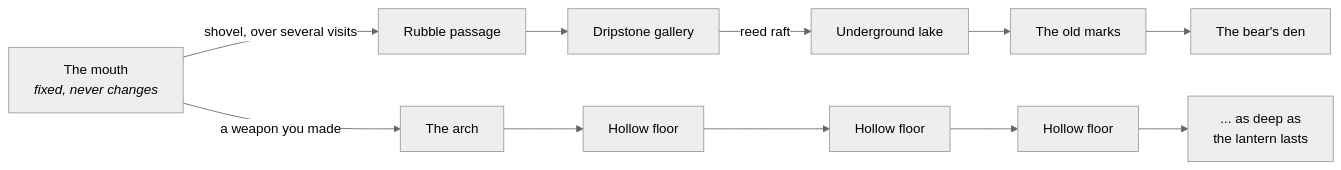
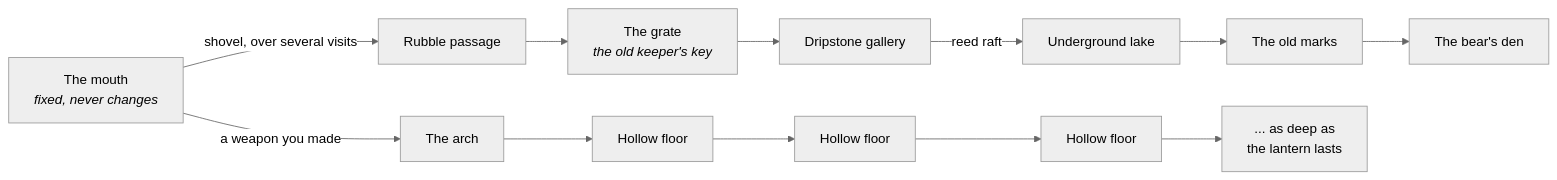
One commit to mshomper/ebb changed the first of 5 diagrams in docs/future/16-the-sea-cave.md. Above: the diagram before and after it, drawn with Mermaid (neutral theme). The commit also changed other lines of this file and 2 other files, not shown here.

````diff
--- a/docs/future/16-the-sea-cave.md
+++ b/docs/future/16-the-sea-cave.md
@@ -31,13 +33,14 @@
 ```mermaid
 flowchart LR
   M[The mouth<br/><i>fixed, never changes</i>] -->|shovel, over several visits| R[Rubble passage]
-  R --> Q1[Dripstone gallery]
+  R --> GR[The grate<br/><i>the old keeper's key</i>]
+  GR --> Q1[Dripstone gallery]
   Q1 -->|reed raft| Q2[Underground lake]
   Q2 --> Q3[The old marks]
   Q3 --> B[The bear's den]
   M -->|a weapon you made| G[The arch]
   G --> H1[Hollow floor]
   H1 --> H2[Hollow floor]
   H2 --> H3[Hollow floor]
   H3 --> H4[... as deep as<br/>the lantern lasts]
 ```
````
